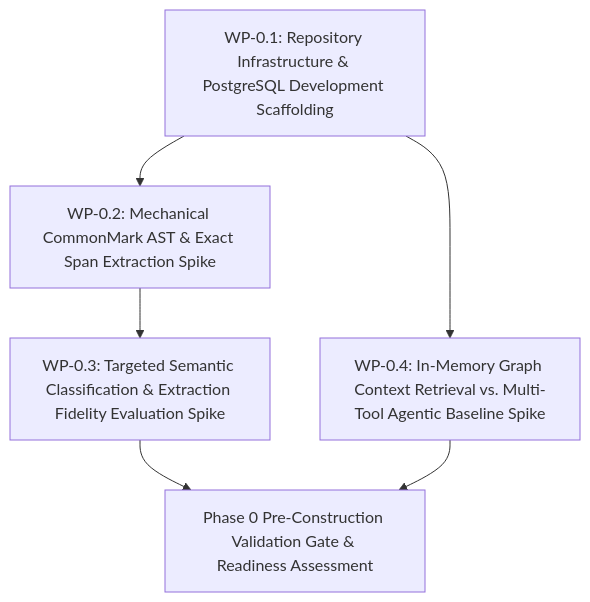
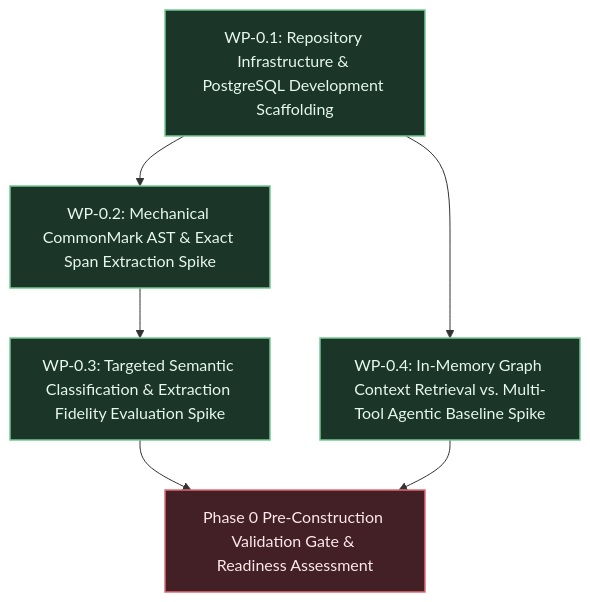
The diagram in docs/vision/phase0-plan.md (Shapedsundew9/tks), drawn with Mermaid before and after one commit. The commit also changed other lines of this file and 8 other files, not shown here.

````diff
--- a/docs/vision/phase0-plan.md
+++ b/docs/vision/phase0-plan.md
@@ -20,8 +20,40 @@
 ```mermaid
+%%{init: {
+  'theme': 'base',
+  'themeVariables': {
+    'darkMode': true,
+    'background': '#161922',
+    'mainBkg': '#1e2230',
+    'nodeBorder': '#434c5e',
+    'textColor': '#e2e8f0',
+    'fontFamily': 'ui-sans-serif, system-ui, -apple-system, BlinkMacSystemFont, "Segoe UI", Roboto, "Helvetica Neue", Arial, sans-serif',
+    'fontSize': '14px',
+    'lineColor': '#8892b0',
+    'primaryColor': '#422026',
+    'primaryTextColor': '#fde8ec',
+    'primaryBorderColor': '#e06c75',
+    'secondaryColor': '#1b3528',
+    'secondaryTextColor': '#e6f7ee',
+    'secondaryBorderColor': '#73c991',
+    'tertiaryColor': '#1d2c44',
+    'tertiaryTextColor': '#e4f0fc',
+    'tertiaryBorderColor': '#61afef',
+    'clusterBkg': '#13161f',
+    'clusterBorder': '#373e51',
+    'noteBkgColor': '#2e271a',
+    'noteTextColor': '#fdf4db',
+    'noteBorderColor': '#e5c07b',
+    'edgeLabelBackground': '#1a1d27'
+  }
+}}%%
 flowchart TD
-    WP1["WP-0.1: Repository Infrastructure & PostgreSQL Development Scaffolding"] --> WP2["WP-0.2: Mechanical CommonMark AST & Exact Span Extraction Spike"]
-    WP2 --> WP3["WP-0.3: Targeted Semantic Classification & Extraction Fidelity Evaluation Spike"]
-    WP1 --> WP4["WP-0.4: In-Memory Graph Context Retrieval vs. Multi-Tool Agentic Baseline Spike"]
-    WP3 --> GATE["Phase 0 Pre-Construction Validation Gate & Readiness Assessment"]
+    classDef primary fill:#422026,stroke:#e06c75,stroke-width:1.5px,color:#fde8ec;
+    classDef secondary fill:#1b3528,stroke:#73c991,stroke-width:1.5px,color:#e6f7ee;
+    classDef tertiary fill:#1d2c44,stroke:#61afef,stroke-width:1.5px,color:#e4f0fc;
+
+    WP1["WP-0.1: Repository Infrastructure & PostgreSQL Development Scaffolding"]:::secondary --> WP2["WP-0.2: Mechanical CommonMark AST & Exact Span Extraction Spike"]:::secondary
+    WP2 --> WP3["WP-0.3: Targeted Semantic Classification & Extraction Fidelity Evaluation Spike"]:::secondary
+    WP1 --> WP4["WP-0.4: In-Memory Graph Context Retrieval vs. Multi-Tool Agentic Baseline Spike"]:::secondary
+    WP3 --> GATE["Phase 0 Pre-Construction Validation Gate & Readiness Assessment"]:::primary
     WP4 --> GATE
 ```
````
